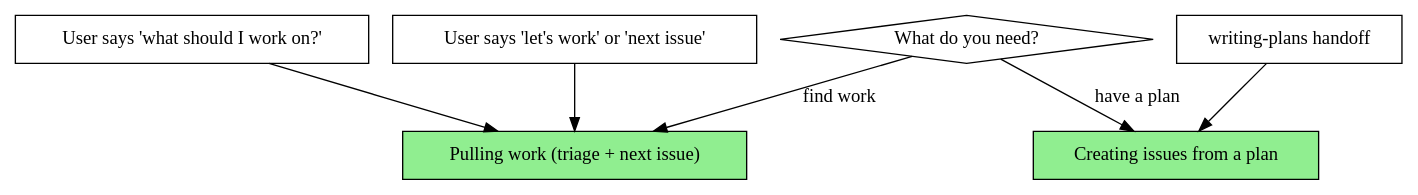
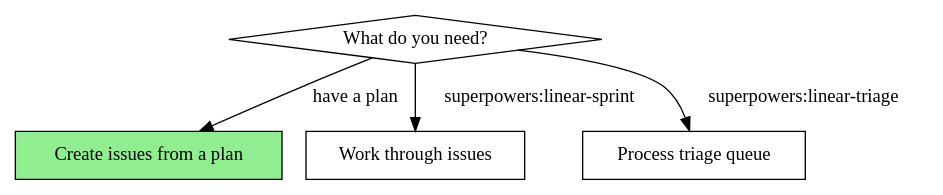
One commit to prokizzle/linear-superpowers changed the first of 2 diagrams in skills/linear-cowork/SKILL.md. Above: the diagram before and after it, drawn with Graphviz. The commit also changed other lines of this file and 4 other files, not shown here.

First line of the commit message:
feat: Add linear-sprint and linear-triage skills, refocus linear-cowork

````diff
--- a/skills/linear-cowork/SKILL.md
+++ b/skills/linear-cowork/SKILL.md
@@ -21,16 +20,12 @@
 ```dot
 digraph when_to_use {
     "What do you need?" [shape=diamond];
-    "Pulling work (triage + next issue)" [shape=box style=filled fillcolor=lightgreen];
-    "Creating issues from a plan" [shape=box style=filled fillcolor=lightgreen];
-    "User says 'what should I work on?'" [shape=box];
-    "User says 'let's work' or 'next issue'" [shape=box];
-    "writing-plans handoff" [shape=box];
+    "Create issues from a plan" [shape=box style=filled fillcolor=lightgreen];
+    "Work through issues" [shape=box];
+    "Process triage queue" [shape=box];
 
-    "What do you need?" -> "Pulling work (triage + next issue)" [label="find work"];
-    "What do you need?" -> "Creating issues from a plan" [label="have a plan"];
-    "User says 'what should I work on?'" -> "Pulling work (triage + next issue)";
-    "User says 'let's work' or 'next issue'" -> "Pulling work (triage + next issue)";
-    "writing-plans handoff" -> "Creating issues from a plan";
+    "What do you need?" -> "Create issues from a plan" [label="have a plan"];
+    "What do you need?" -> "Work through issues" [label="superpowers:linear-sprint"];
+    "What do you need?" -> "Process triage queue" [label="superpowers:linear-triage"];
 }
 ```
````
